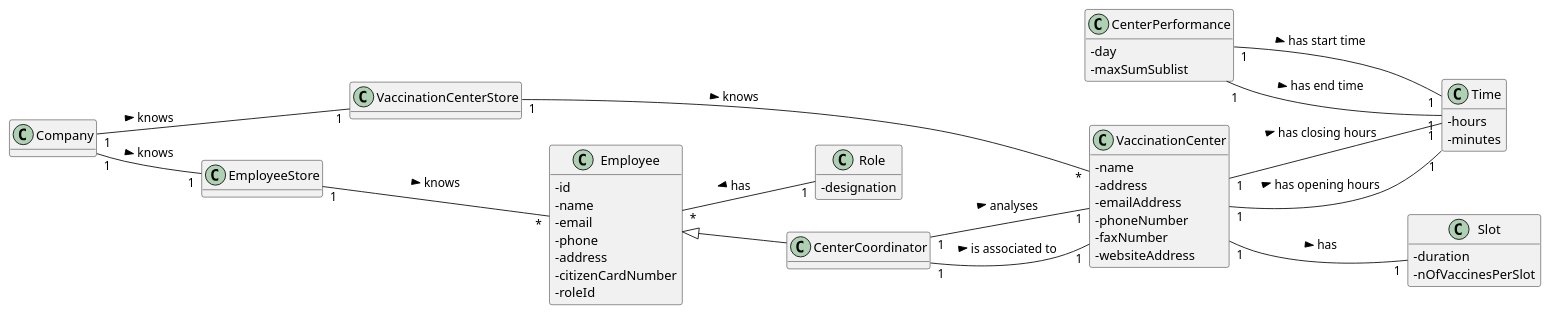
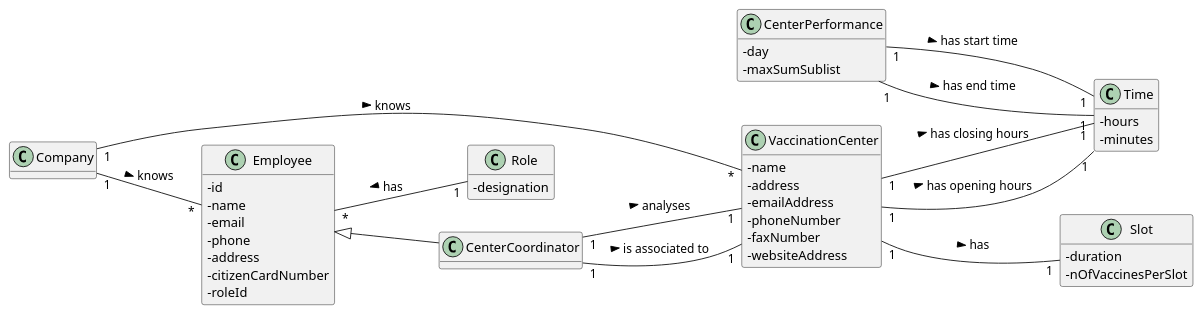
Before and after one commit to miseEnPlace-i/lapr2: the diagram in docs/SprintD/US16/DM/US16_DM.puml, drawn with PlantUML. The commit also changed 1 other file, not shown here.

```diff
--- a/docs/SprintD/US16/DM/US16_DM.puml
+++ b/docs/SprintD/US16/DM/US16_DM.puml
@@ -1,72 +1,66 @@
 @startuml
 hide methods
 left to right direction
 skinparam classAttributeIconSize 0
 
 class VaccinationCenter {
   - name
   - address
   - emailAddress
   - phoneNumber
   - faxNumber
   - websiteAddress
 }
 
 class Time {
   - hours
   - minutes
 }
 
 class Slot {
   -duration
   -nOfVaccinesPerSlot
 }
 
 class Employee {
   -id
   -name
   -email
   -phone
   -address
   -citizenCardNumber
   -roleId
 }
 
 class CenterPerformance {
   - day
   - maxSumSublist
 }
 
 class Role {
   -designation
 }
 
 class Company {}
 
 class CenterCoordinator {}
 
-class VaccinationCenterStore {}
-
-class EmployeeStore {}
 
 VaccinationCenter "1" -- "1" Time : has closing hours >
 VaccinationCenter "1" -- "1" Time : has opening hours >
 
 CenterPerformance "1" -- "1" Time : has start time >
 CenterPerformance "1" -- "1" Time : has end time >
 
 VaccinationCenter "1" -- "1" Slot : has >
 
 Employee <|-- CenterCoordinator
 Employee "*" -- "1" Role : has <
 
-Company "1" -- "1" VaccinationCenterStore : knows >
-Company "1" -- "1" EmployeeStore : knows >
-VaccinationCenterStore "1" -- "*" VaccinationCenter : knows >
-
-EmployeeStore "1" -- "*" Employee : knows >
+Company "1" -- "*" Employee : knows >
+Company "1" -- "*" VaccinationCenter : knows >
 
 CenterCoordinator "1" -- "1" VaccinationCenter : analyses >
 CenterCoordinator "1" -- "1" VaccinationCenter : is associated to >
 
 @enduml
```
